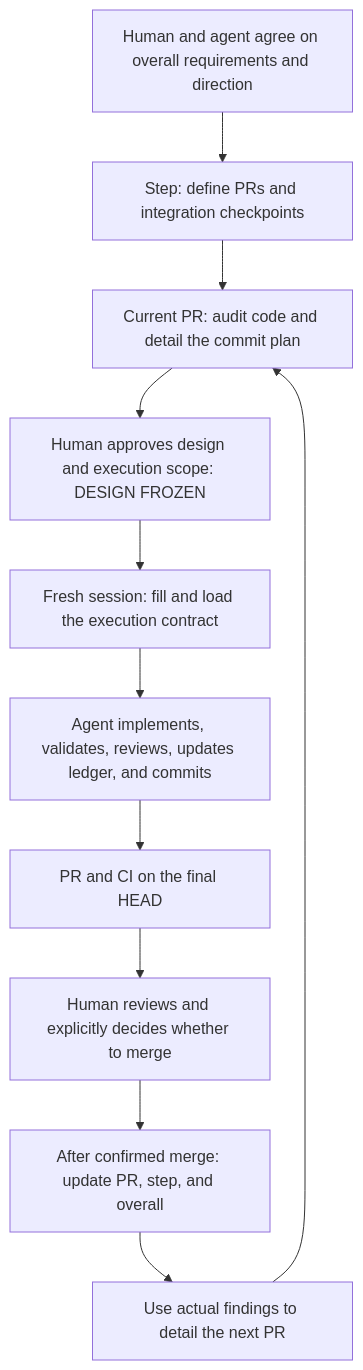
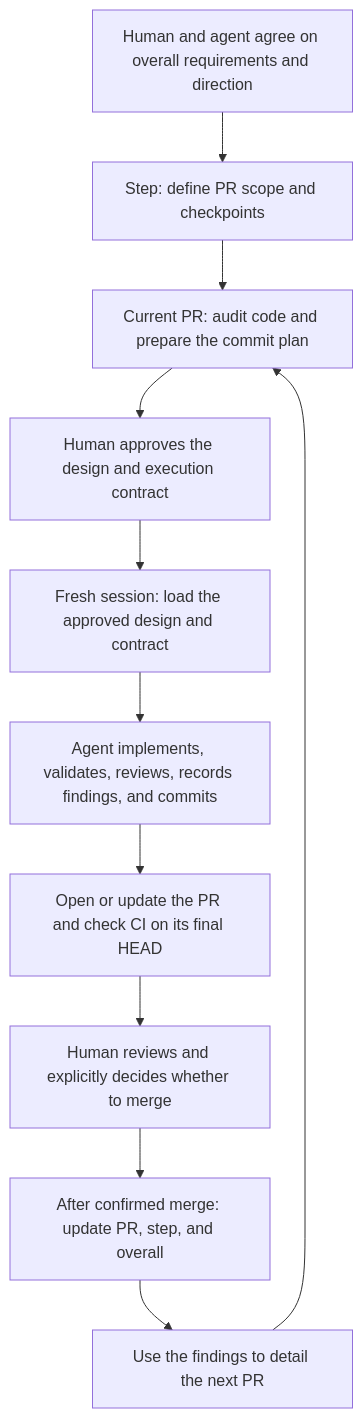
One commit to yuema137/structured-coding changed the diagram in structured-coding/README.md. Above: the diagram before and after it, drawn with Mermaid. The commit also changed other lines of this file and 4 other files, not shown here.

````diff
--- a/structured-coding/README.md
+++ b/structured-coding/README.md
@@ -29,13 +35,13 @@
 ```mermaid
 flowchart TD
-    A[Human and agent agree on overall requirements and direction] --> B[Step: define PRs and integration checkpoints]
-    B --> C[Current PR: audit code and detail the commit plan]
-    C --> D[Human approves design and execution scope: DESIGN FROZEN]
-    D --> E[Fresh session: fill and load the execution contract]
-    E --> F[Agent implements, validates, reviews, updates ledger, and commits]
-    F --> G[PR and CI on the final HEAD]
+    A[Human and agent agree on overall requirements and direction] --> B[Step: define PR scope and checkpoints]
+    B --> C[Current PR: audit code and prepare the commit plan]
+    C --> D[Human approves the design and execution contract]
+    D --> E[Fresh session: load the approved design and contract]
+    E --> F[Agent implements, validates, reviews, records findings, and commits]
+    F --> G[Open or update the PR and check CI on its final HEAD]
     G --> H[Human reviews and explicitly decides whether to merge]
     H --> I[After confirmed merge: update PR, step, and overall]
-    I --> J[Use actual findings to detail the next PR]
+    I --> J[Use the findings to detail the next PR]
     J --> C
 ```
````
